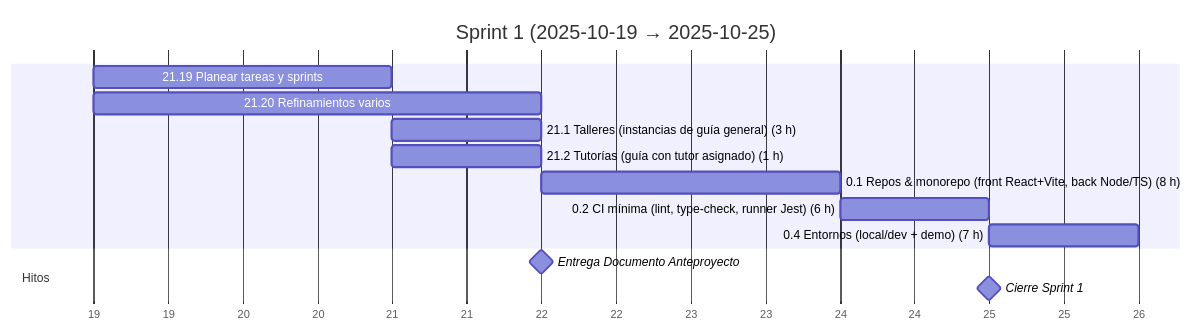
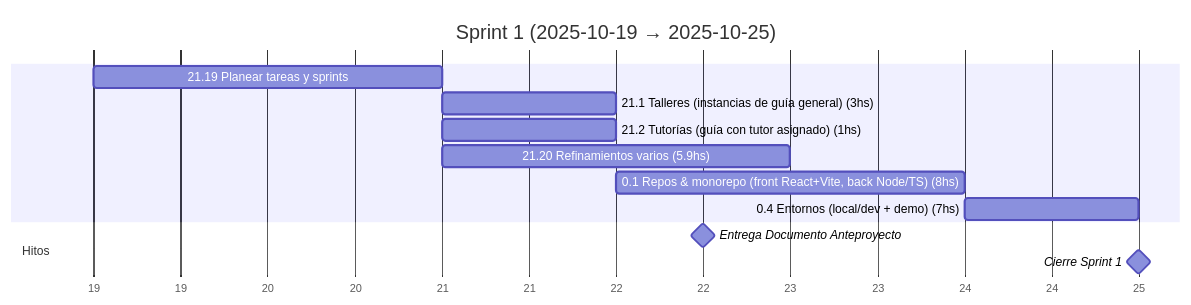
Before and after one commit to MarkMed/FleetMan: the second of 17 diagrams in docs/SprintsGantts.md, drawn with Mermaid. The commit also changed other lines of this file, not shown here.

Commit message:
Update Gantt chart documentation to standardize time format from hours to hours (hs)

````diff
--- a/docs/SprintsGantts.md
+++ b/docs/SprintsGantts.md
@@ -57,20 +57,19 @@
 ```mermaid
 gantt
   title Sprint 1 (2025-10-19 → 2025-10-25)
   dateFormat  YYYY-MM-DD
   axisFormat  %d
 
   %% Asumimos 5 h/día. Horas estimadas incluidas en el nombre.
 
   21.19 Planear tareas y sprints               :t2119, 2025-10-19, 2d
-  21.20 Refinamientos varios                   :t2120, 2025-10-19, 3d
-  21.1 Talleres (instancias de guía general) (3 h) :t211, after t2119, 1d
-  21.2 Tutorías (guía con tutor asignado) (1 h)    :t212, after t2119, 1d
-  0.1 Repos & monorepo (front React+Vite, back Node/TS) (8 h) :t01, after t212, 1.6d
-  0.2 CI mínima (lint, type-check, runner Jest) (6 h) :t02, after t01, 1.2d
-  0.4 Entornos (local/dev + demo) (7 h)        :t04, after t02, 1.4d
+  21.1 Talleres (instancias de guía general) (3hs) :t211, after t2119, 1d
+  21.2 Tutorías (guía con tutor asignado) (1hs)    :t212, after t2119, 1d
+  21.20 Refinamientos varios (5.9hs)           :t2120, 2025-10-21, 2d
+  0.1 Repos & monorepo (front React+Vite, back Node/TS) (8hs) :t01, after t212, 1.6d
+  0.4 Entornos (local/dev + demo) (7hs)        :t04, after t01, 1.4d
 
   section Hitos
-  Entrega Documento Anteproyecto                :milestone, doc, 2025-10-22, 0d
+  Entrega Documento Anteproyecto                :milestone, doc, 2025-10-22, 1d
   Cierre Sprint 1                              :milestone, s1, 2025-10-25, 0d
 ```
````
